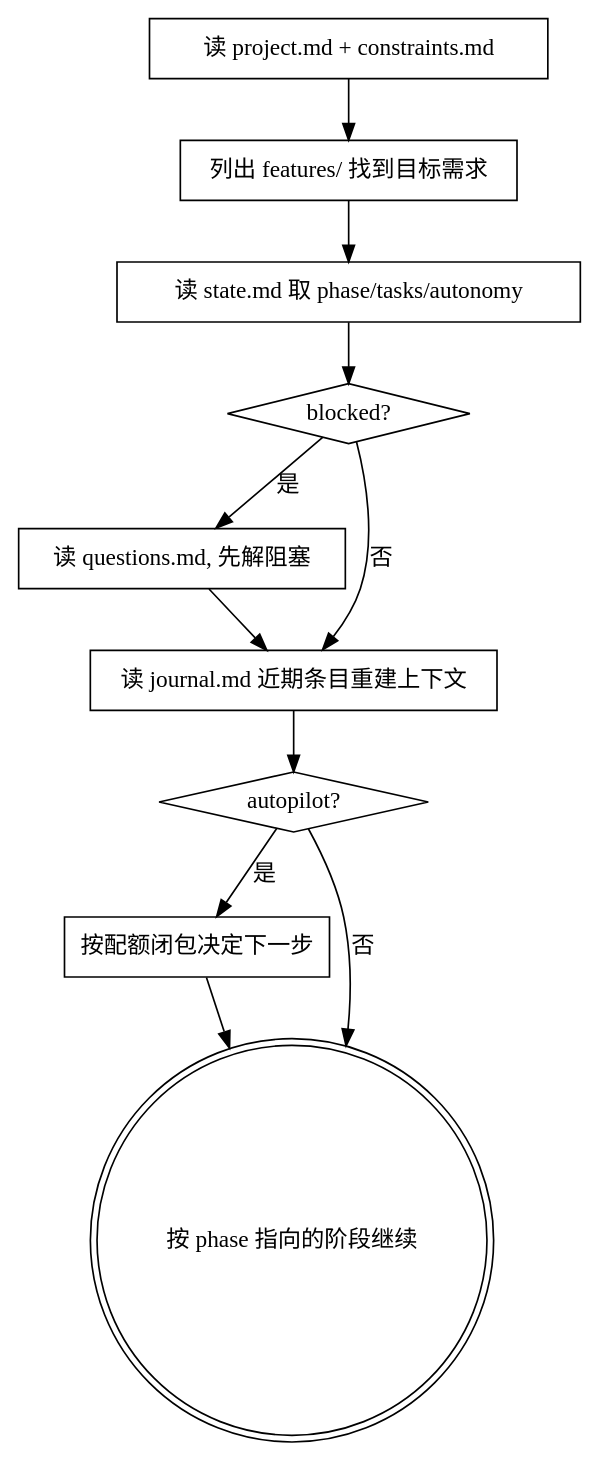
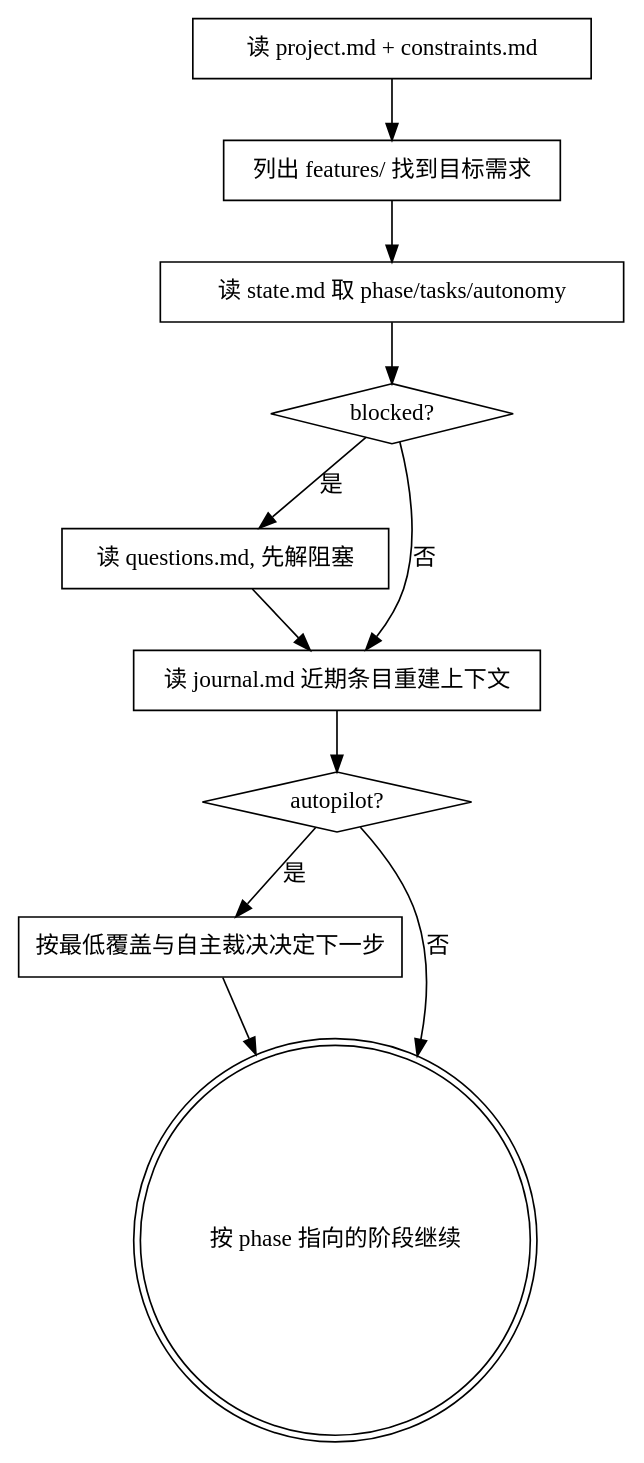
The diagram in skills/state-and-memory/SKILL.md (andoop/sandtable), drawn with Graphviz before and after one commit. The commit also changed other lines of this file and 198 other files, not shown here.

````diff
--- a/skills/state-and-memory/SKILL.md
+++ b/skills/state-and-memory/SKILL.md
@@ -101,22 +101,22 @@
 ```dot
 digraph resume {
   "读 project.md + constraints.md" [shape=box];
   "列出 features/ 找到目标需求" [shape=box];
   "读 state.md 取 phase/tasks/autonomy" [shape=box];
   "blocked?" [shape=diamond];
   "读 questions.md, 先解阻塞" [shape=box];
   "读 journal.md 近期条目重建上下文" [shape=box];
   "autopilot?" [shape=diamond];
-  "按配额闭包决定下一步" [shape=box];
+  "按最低覆盖与自主裁决决定下一步" [shape=box];
   "按 phase 指向的阶段继续" [shape=doublecircle];
 
   "读 project.md + constraints.md" -> "列出 features/ 找到目标需求" -> "读 state.md 取 phase/tasks/autonomy" -> "blocked?";
   "blocked?" -> "读 questions.md, 先解阻塞" [label="是"];
   "blocked?" -> "读 journal.md 近期条目重建上下文" [label="否"];
   "读 questions.md, 先解阻塞" -> "读 journal.md 近期条目重建上下文";
   "读 journal.md 近期条目重建上下文" -> "autopilot?";
-  "autopilot?" -> "按配额闭包决定下一步" [label="是"];
+  "autopilot?" -> "按最低覆盖与自主裁决决定下一步" [label="是"];
   "autopilot?" -> "按 phase 指向的阶段继续" [label="否"];
-  "按配额闭包决定下一步" -> "按 phase 指向的阶段继续";
+  "按最低覆盖与自主裁决决定下一步" -> "按 phase 指向的阶段继续";
 }
 ```
````
